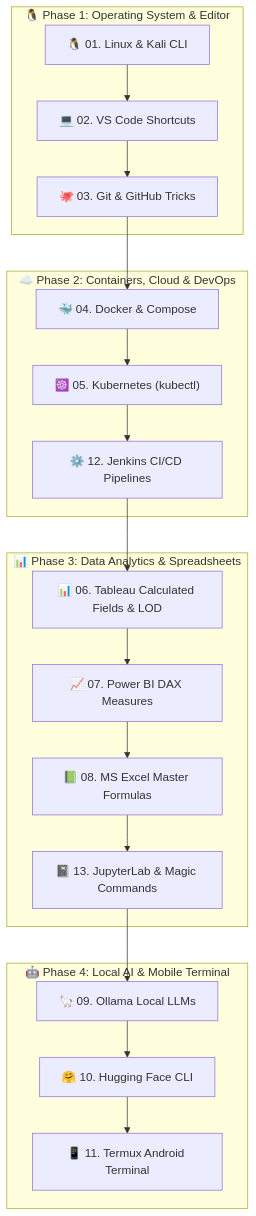
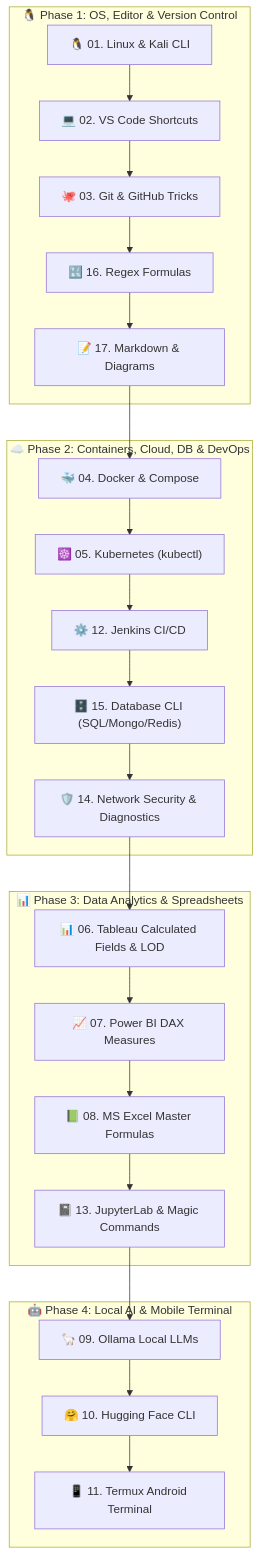
Before and after one commit to techindro/Penetration-testing-toolkit: the diagram in README.md, drawn with Mermaid. The commit also changed other lines of this file and 4 other files, not shown here.

Commit message:
feat: expand BugFix FM to 17 Master Shortcut Modules including Network Diagnostics, Database CLI (SQL/Mongo/Redis), Regex Formulas, and Markdown Syntax

````diff
--- a/README.md
+++ b/README.md
@@ -33,40 +33,48 @@
 ```mermaid
 flowchart TD
-    subgraph Core["🐧 Phase 1: Operating System & Editor"]
+    subgraph Core["🐧 Phase 1: OS, Editor & Version Control"]
         Linux["🐧 01. Linux & Kali CLI"]
         VSCode["💻 02. VS Code Shortcuts"]
         Git["🐙 03. Git & GitHub Tricks"]
+        Regex["🔣 16. Regex Formulas"]
+        MD["📝 17. Markdown & Diagrams"]
     end
 
-    subgraph InfraDevOps["☁️ Phase 2: Containers, Cloud & DevOps"]
+    subgraph InfraDevOps["☁️ Phase 2: Containers, Cloud, DB & DevOps"]
         Docker["🐳 04. Docker & Compose"]
         K8s["☸️ 05. Kubernetes (kubectl)"]
-        Jenkins["⚙️ 12. Jenkins CI/CD Pipelines"]
+        Jenkins["⚙️ 12. Jenkins CI/CD"]
+        DB["🗄️ 15. Database CLI (SQL/Mongo/Redis)"]
+        SecNet["🛡️ 14. Network Security & Diagnostics"]
     end
 
     subgraph DataAnalytics["📊 Phase 3: Data Analytics & Spreadsheets"]
         Tableau["📊 06. Tableau Calculated Fields & LOD"]
         PowerBI["📈 07. Power BI DAX Measures"]
         Excel["📗 08. MS Excel Master Formulas"]
         Jupyter["📓 13. JupyterLab & Magic Commands"]
     end
 
     subgraph AI_Mobile["🤖 Phase 4: Local AI & Mobile Terminal"]
         Ollama["🦙 09. Ollama Local LLMs"]
         HF["🤗 10. Hugging Face CLI"]
         Termux["📱 11. Termux Android Terminal"]
     end
 
     Linux --> VSCode
     VSCode --> Git
-    Git --> Docker
+    Git --> Regex
+    Regex --> MD
+    MD --> Docker
     Docker --> K8s
     K8s --> Jenkins
-    Jenkins --> Tableau
+    Jenkins --> DB
+    DB --> SecNet
+    SecNet --> Tableau
     Tableau --> PowerBI
     PowerBI --> Excel
     Excel --> Jupyter
     Jupyter --> Ollama
     Ollama --> HF
     HF --> Termux
 ```
````
